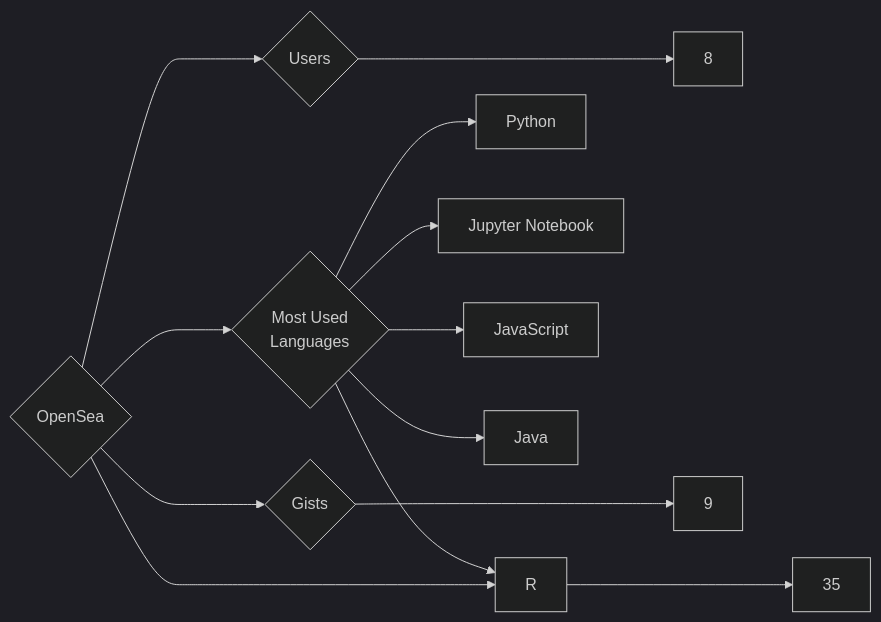
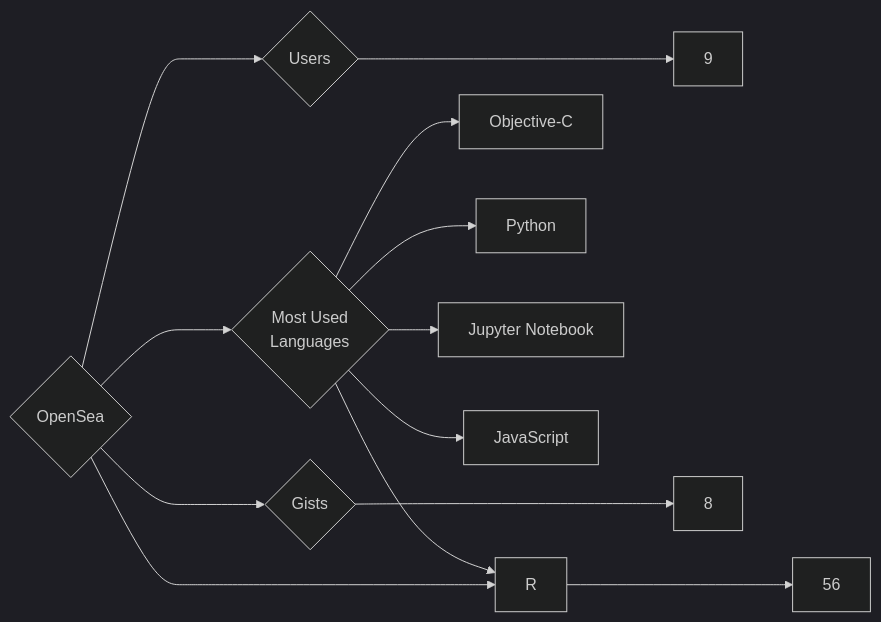
One commit to trickest/insiders changed the diagram in targets/OpenSea/README.md. Above: the diagram before and after it, drawn with Mermaid (dark theme). The commit also changed 1479 other files, not shown here.

````diff
--- a/targets/OpenSea/README.md
+++ b/targets/OpenSea/README.md
@@ -3,13 +3,13 @@
 ```mermaid
 graph LR
 COMPANY_NAME{OpenSea}
-COMPANY_NAME ---> U{Users} ---> UN[8]
-COMPANY_NAME ---> R{Repositories} ---> RN[35]
-COMPANY_NAME ---> G{Gists} ---> GN[9]
+COMPANY_NAME ---> U{Users} ---> UN[9]
+COMPANY_NAME ---> R{Repositories} ---> RN[56]
+COMPANY_NAME ---> G{Gists} ---> GN[8]
 COMPANY_NAME ---> ML{Most Used<br>Languages}
+ML --> Objective-C[Objective-C]
 ML --> Python[Python]
 ML --> Jupyter_Notebook[Jupyter Notebook]
 ML --> JavaScript[JavaScript]
 ML --> R[R]
-ML --> Java[Java]
 ```
````
